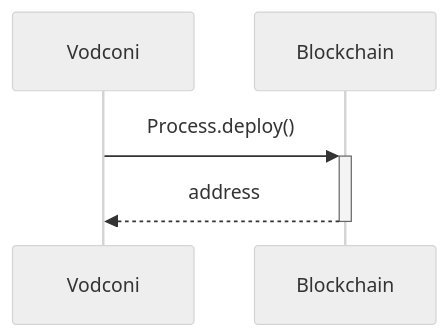
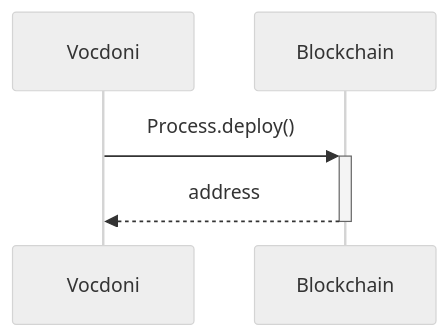
The second of 6 diagrams in docs/protocol/sequence-diagrams.md (vocdoni/docs), drawn with Mermaid (neutral theme) before and after one commit. The commit also changed other lines of this file and 1 other file, not shown here.

````diff
--- a/docs/protocol/sequence-diagrams.md
+++ b/docs/protocol/sequence-diagrams.md
@@ -16,7 +19,8 @@
 ```mermaid
 sequenceDiagram
-    participant Vodconi
-    participant Blockchain
-    Vodconi->>+Blockchain: Process.deploy()
-    Blockchain-->>-Vodconi: address
+    participant V as Vocdoni
+    participant B as Blockchain
+
+    V->>+B: Process.deploy()
+    B-->>-V: address
 ```
````
